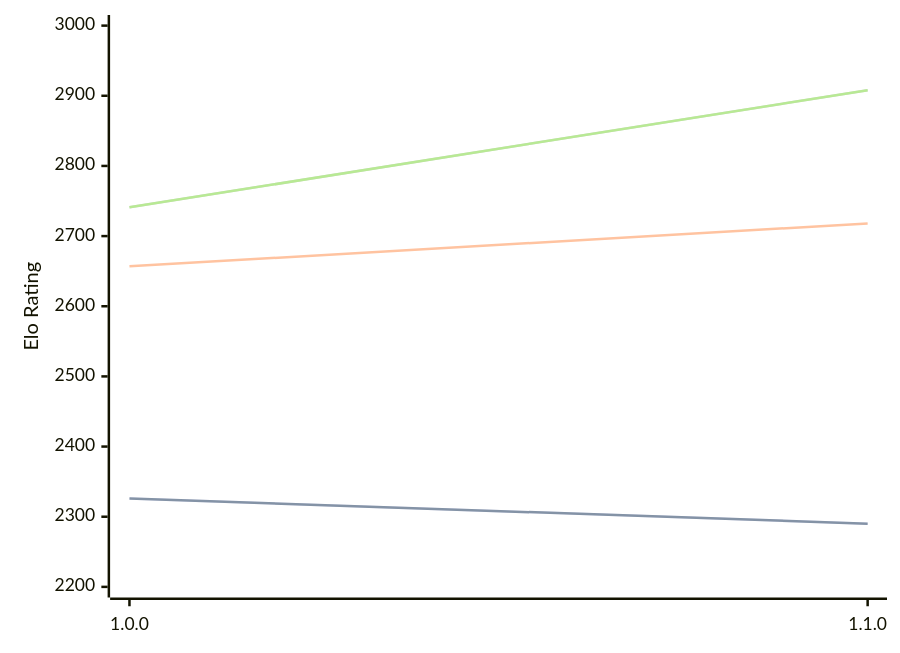
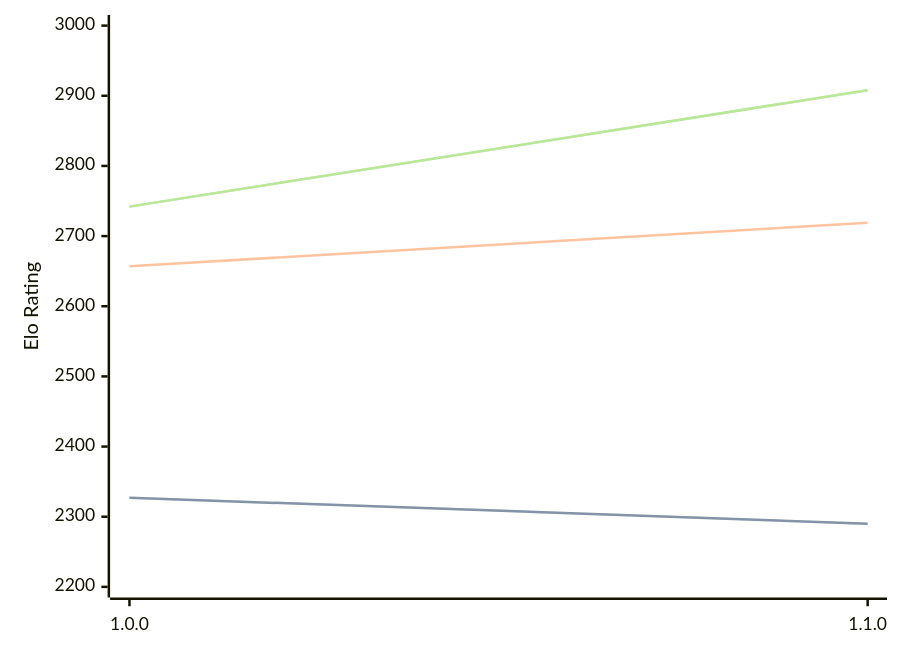
The diagram in engines/ShallowGuess.md (computer-chess-index/cci), drawn with Mermaid before and after one commit. The commit also changed other lines of this file, not shown here.

Commit message:
Update CCI Ratings (ELO VLTC) - 2026-08-27

````diff
--- a/engines/ShallowGuess.md
+++ b/engines/ShallowGuess.md
@@ -32,11 +32,11 @@
 ```mermaid
 %%{init: {"theme":"base","themeVariables":{"seriesColors:['#a3a3a3','#222221','#faa371']}}}%%
 xychart-beta
   x-axis ["1.0.0", "1.1.0"]
   y-axis "Elo Rating" 2200 --> 3000
-  line "STC (8.0+0.08s)" [2326, 2290]
-  line "STC (8.0+0.08s)" [2326, 2290]
-  line "LTC (60.0+0.60s)" [2657, 2718]
-  line "VLTC (2m24s+1.12s)" [2741, 2908]
-  line "VLTC (2m24s+1.12s)" [2741, 2908]
+  line "STC (8.0+0.08s)" [2327, 2290]
+  line "STC (8.0+0.08s)" [2327, 2290]
+  line "LTC (60.0+0.60s)" [2657, 2719]
+  line "VLTC (2m24s+1.12s)" [2742, 2908]
+  line "VLTC (2m24s+1.12s)" [2742, 2908]
 ```
````
